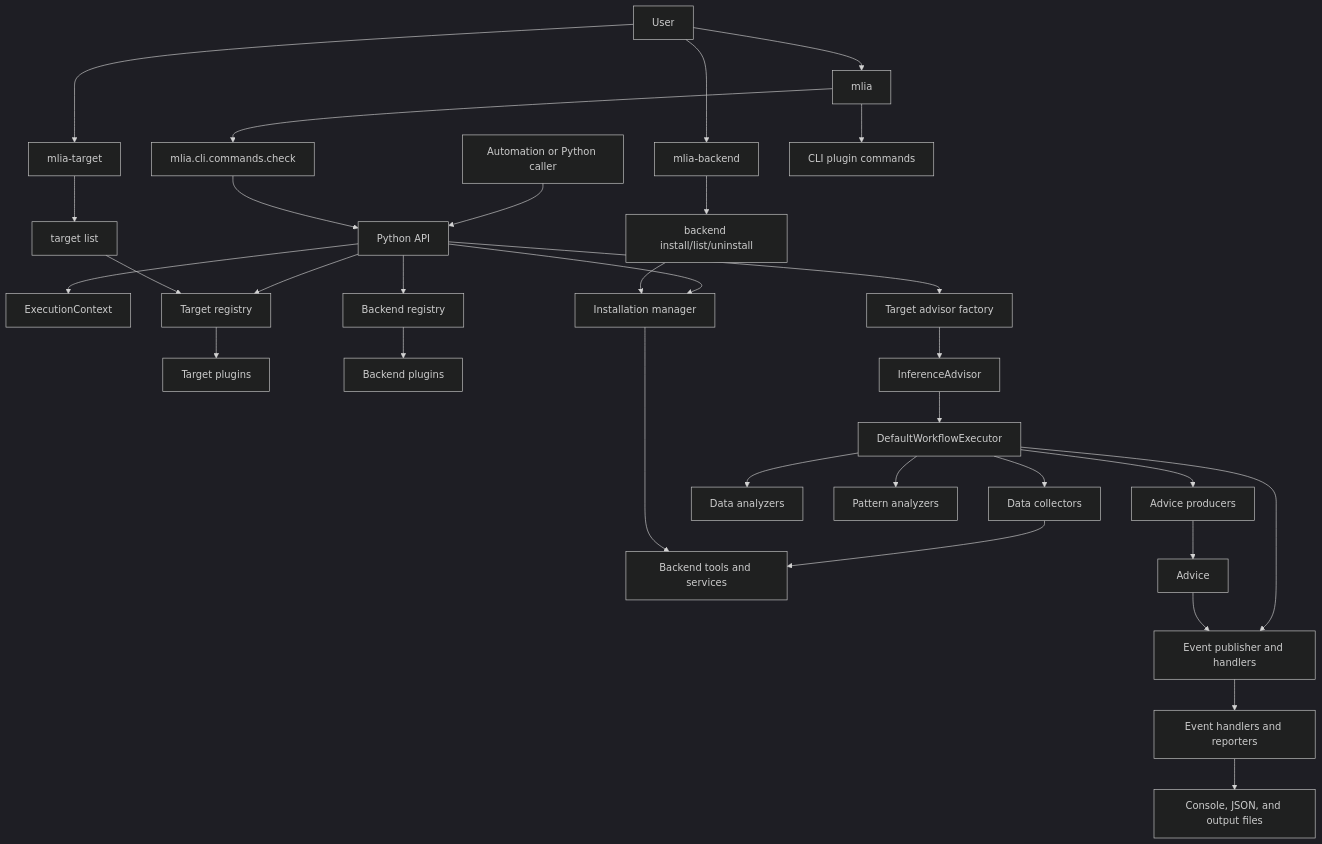
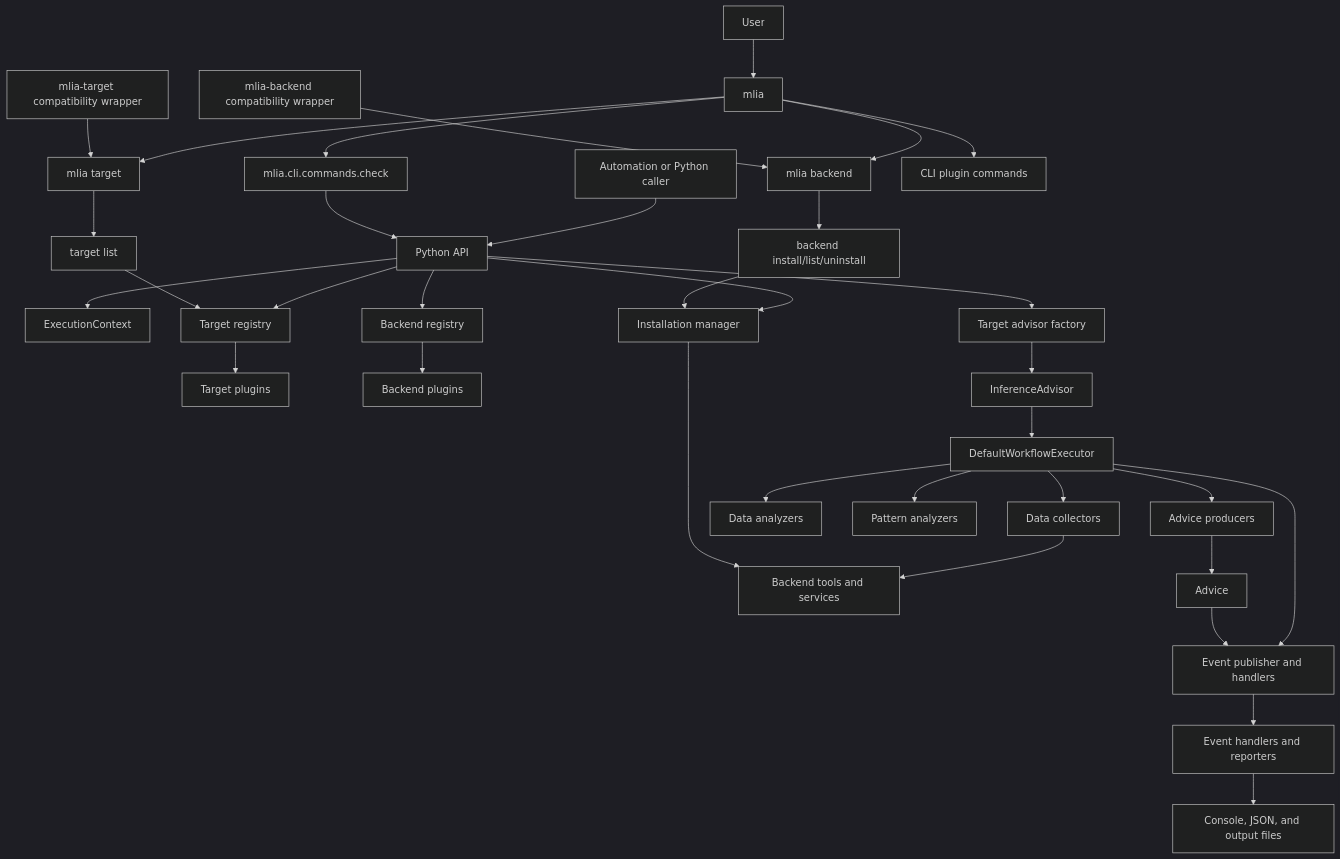
One commit to arm/mlia changed the diagram in docs/source/high_level_architecture.md. Above: the diagram before and after it, drawn with Mermaid (dark theme). The commit also changed other lines of this file and 9 other files, not shown here.

````diff
--- a/docs/source/high_level_architecture.md
+++ b/docs/source/high_level_architecture.md
@@ -19,40 +19,42 @@
 ```mermaid
 graph TD
     user[User] --> mainCli[mlia]
-    user --> backendCli[mlia-backend]
-    user --> targetCli[mlia-target]
     automation[Automation or Python caller] --> api[Python API]
 
     mainCli --> checkCommand[mlia.cli.commands.check]
+    mainCli --> backendCli[mlia backend]
+    mainCli --> targetCli[mlia target]
     mainCli --> cliPlugins[CLI plugin commands]
+    legacyBackend[mlia-backend compatibility wrapper] --> backendCli
+    legacyTarget[mlia-target compatibility wrapper] --> targetCli
     checkCommand --> api
 
     backendCli --> backendCommands[backend install/list/uninstall]
     targetCli --> targetCommands[target list]
 
     api --> context[ExecutionContext]
     api --> targetRegistry[Target registry]
     api --> backendRegistry[Backend registry]
     api --> backendManager[Installation manager]
     api --> advisorFactory[Target advisor factory]
 
     targetRegistry --> targetPlugins[Target plugins]
     backendRegistry --> backendPlugins[Backend plugins]
     advisorFactory --> advisor[InferenceAdvisor]
 
     advisor --> workflow[DefaultWorkflowExecutor]
     workflow --> collectors[Data collectors]
     workflow --> analyzers[Data analyzers]
     workflow --> patterns[Pattern analyzers]
     workflow --> producers[Advice producers]
     workflow --> events[Event publisher and handlers]
 
     collectors --> backends[Backend tools and services]
     backendManager --> backends
     backendCommands --> backendManager
     targetCommands --> targetRegistry
     producers --> advice[Advice]
     advice --> events
     events --> handlers[Event handlers and reporters]
     handlers --> reports[Console, JSON, and output files]
 ```
````
